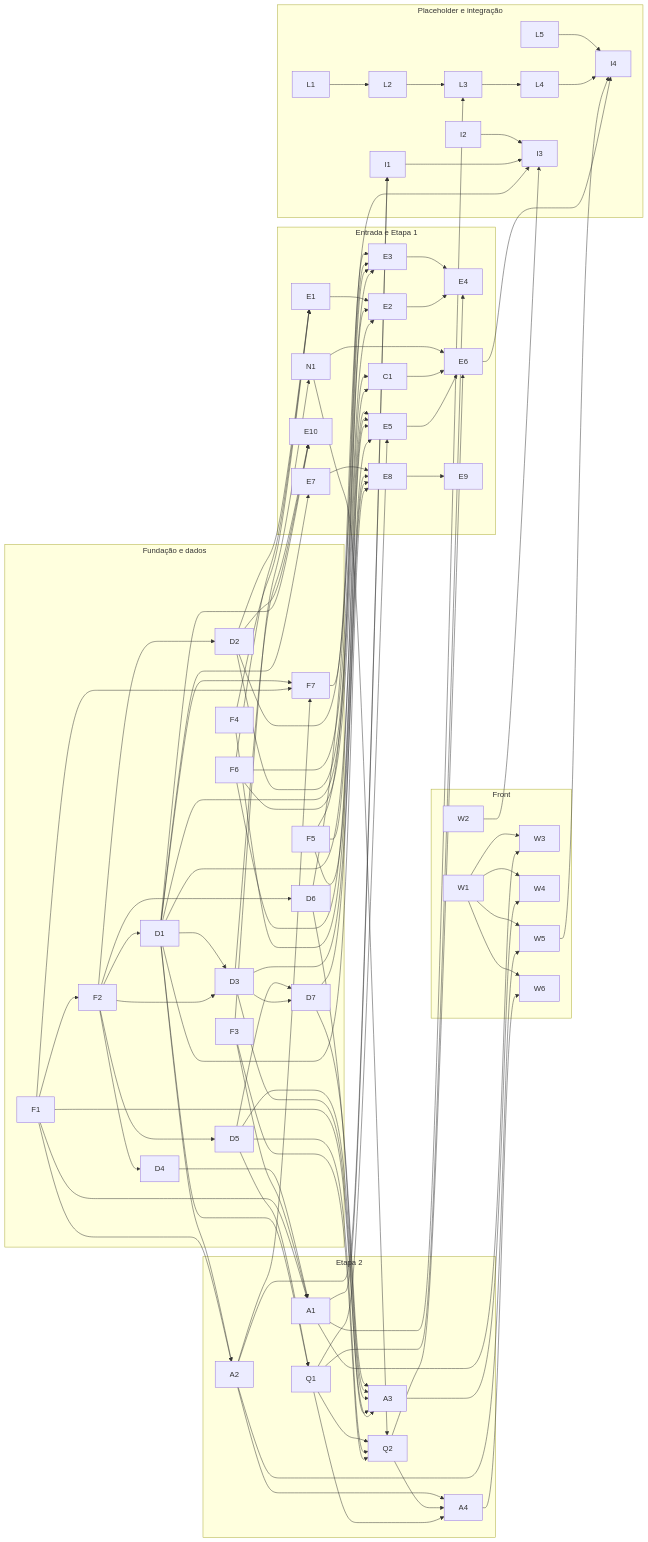
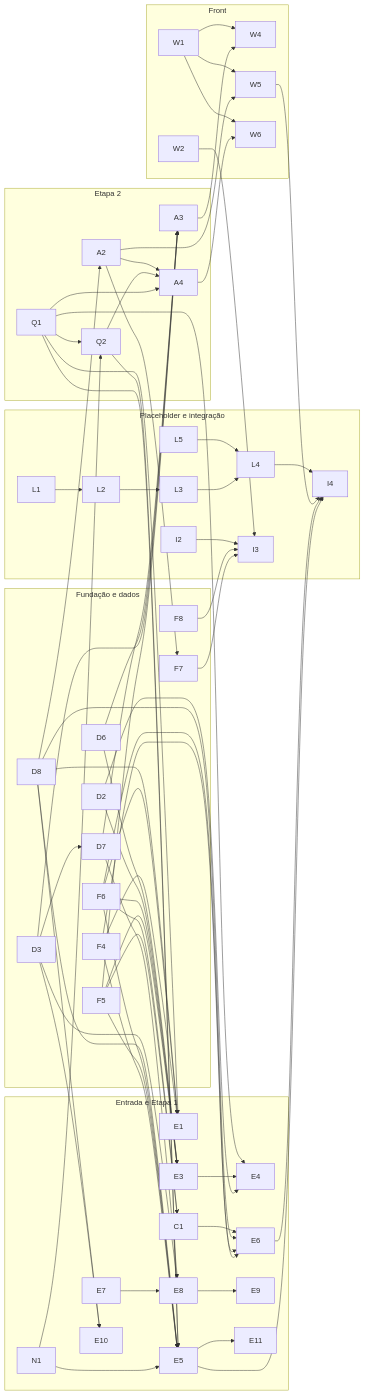
Before and after one commit to MateusBarnabe/Projeto-Integrador: the diagram in PROXIMOS-PASSOS.md, drawn with Mermaid. The commit also changed other lines of this file and 5 other files, not shown here.

````diff
--- a/PROXIMOS-PASSOS.md
+++ b/PROXIMOS-PASSOS.md
@@ -175,59 +187,51 @@
 ```mermaid
 flowchart LR
   subgraph Fundacao["Fundação e dados"]
-    F1 & F2 & F3 & F4 & F5 & F6 & F7
-    D1 & D2 & D3 & D4 & D5 & D6 & D7
+    F4 & F5 & F6 & F7 & F8
+    D2 & D3 & D6 & D7 & D8
   end
   subgraph Etapa1["Entrada e Etapa 1"]
-    E1 & E2 & E3 & E4 & E5 & E6 & E7 & E8 & E9 & E10 & C1 & N1
+    E1 & E3 & E4 & E5 & E6 & E7 & E8 & E9 & E10 & E11 & C1 & N1
   end
   subgraph Etapa2["Etapa 2"]
-    Q1 & Q2 & A1 & A2 & A3 & A4
+    Q1 & Q2 & A2 & A3 & A4
   end
   subgraph Front["Front"]
-    W1 & W2 & W3 & W4 & W5 & W6
+    W1 & W2 & W4 & W5 & W6
   end
   subgraph Placeholder["Placeholder e integração"]
-    L1 & L2 & L3 & L4 & L5 & I1 & I2 & I3 & I4
+    L1 & L2 & L3 & L4 & L5 & I2 & I3 & I4
   end
 
-  F1 --> F2 & F7 & A1 & A2 & A3
-  F2 --> D1 & D2 & D3 & D4 & D5 & D6
-  F3 --> N1 & Q2 & A1
-  F4 --> E1 & E5
-  F5 --> E3 & E5 & C1
-  F6 --> E1 & E3 & E5 & C1
+  F4 --> E1 & E5 & E6
+  F5 --> E3 & E5 & C1 & A3
+  F6 --> E1 & E3 & E5 & E6 & C1
   F7 --> I3
-  D1 --> F7 & D3 & E2 & E5 & E7 & E8 & E10 & Q1 & A2
-  D2 --> E1 & E2 & E3 & E10
+  F8 --> I3
+  D2 --> E3 & E4
   D3 --> D7 & E8 & E10 & A3
-  D4 --> A1
-  D5 --> D7 & Q1 & Q2 & A3
   D6 --> E3 & A3
   D7 --> E8 & A3
-  E1 --> E2
-  E2 --> E4
+  D8 --> E1 & E5 & E6 & E10 & A2
   E3 --> E4
-  E5 --> E6
+  E5 --> E11 & I4
   E6 --> I4
   E7 --> E8
   E8 --> E9
   C1 --> E6
-  N1 --> E6 & Q2
-  Q1 --> E4 & E5 & Q2 & A4
-  Q2 --> E6 & A4
-  A1 --> I1 & W3 & L3
-  A2 --> F7 & A4 & W5 & I1
+  N1 --> E5 & Q2
+  Q1 --> E1 & E4 & E5 & Q2 & A4
+  Q2 --> E5 & A4
+  A2 --> F7 & A4 & W5
   A3 --> W4
   A4 --> W6
-  W1 --> W3 & W4 & W5 & W6
+  W1 --> W4 & W5 & W6
   W2 --> I3
   W5 --> I4
   L1 --> L2
   L2 --> L3
   L3 --> L4
   L4 --> I4
-  L5 --> I4
-  I1 --> I3
+  L5 --> L4
   I2 --> I3
 ```
````
